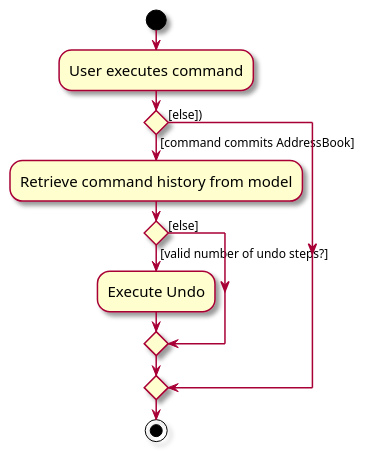
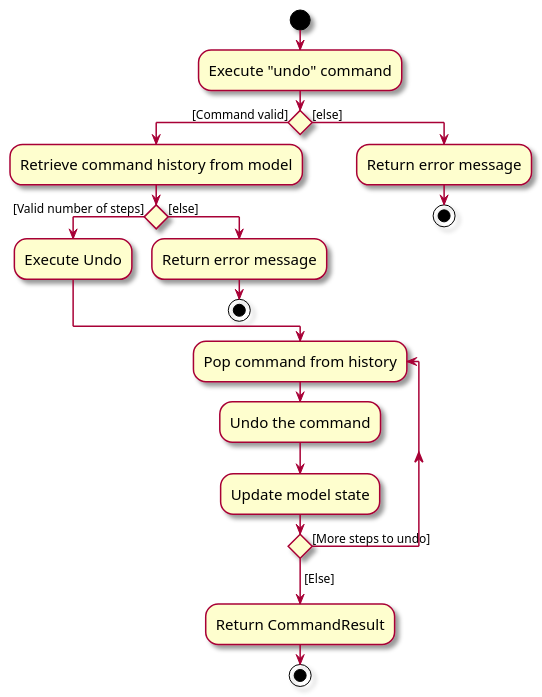
The diagram in docs/diagrams/UndoActivityDiagram.puml (nus-cs2103-AY2324S1/tp), drawn with PlantUML before and after one commit. The commit also changed other lines of this file and 1 other file, not shown here.

Commit message:
Update diagram

```diff
--- a/docs/diagrams/UndoActivityDiagram.puml
+++ b/docs/diagrams/UndoActivityDiagram.puml
@@ -1,19 +1,35 @@
 @startuml
 skin rose
 skinparam ActivityFontSize 15
 skinparam ArrowFontSize 12
 
+
 start
-:User executes command;
+:Execute "undo" command;
+if () then ([Command valid])
+  :Retrieve command history from model;
+  if () then ([Valid number of steps])
+    :Execute Undo;
+  else ([else])
+    :Return error message;
+    stop
+  endif
+else ([else])
+  :Return error message;
+  stop
+endif
 
-if () then ([command commits AddressBook])
-    :Retrieve command history from model;
-    if () then ([valid number of undo steps?])
-        :Execute Undo;
-    else ([else])
-    endif
-else ([else]))
-endif
-stop
+repeat :Pop command from history;
+:Undo the command;
+:Update model state;
+
+repeat while () is ([More steps to undo])
+-> [Else];
+
+:Return CommandResult;
+  stop
+
+
+
 
 @enduml
```
